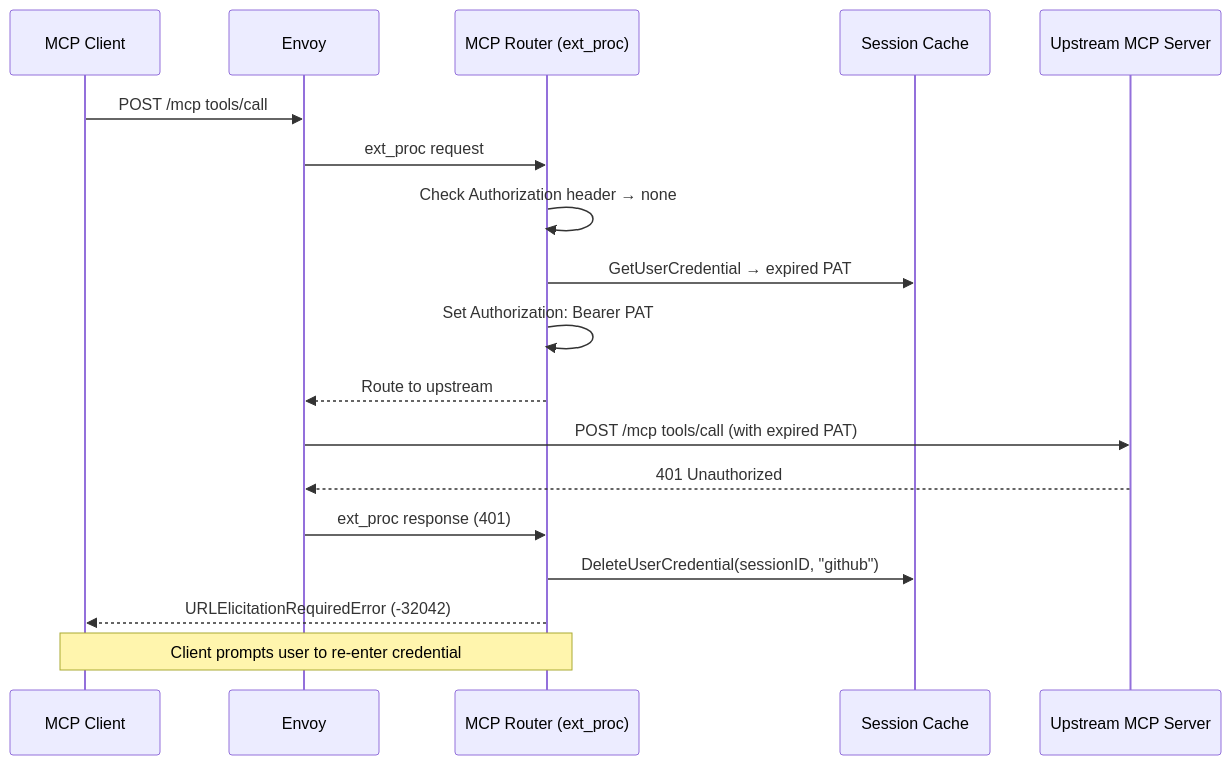
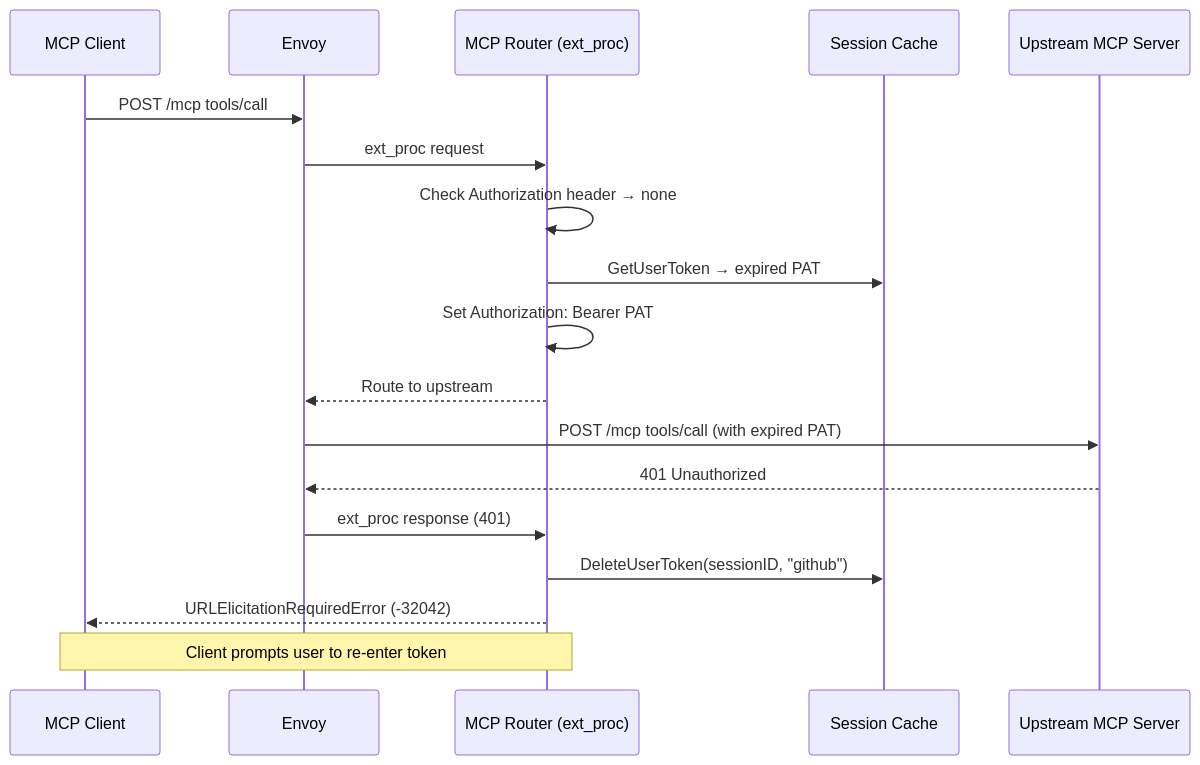
One commit to Kuadrant/mcp-gateway changed the second of 2 diagrams in docs/design/gateway-url-token-elicitation/gateway-url-token-elicitation-design.md. Above: the diagram before and after it, drawn with Mermaid. The commit also changed other lines of this file, not shown here.

Commit message:
replace credential with token

````diff
--- a/docs/design/gateway-url-token-elicitation/gateway-url-token-elicitation-design.md
+++ b/docs/design/gateway-url-token-elicitation/gateway-url-token-elicitation-design.md
@@ -112,21 +112,21 @@
 ```mermaid
 sequenceDiagram
     participant Client as MCP Client
     participant Gateway as Envoy
     participant Router as MCP Router (ext_proc)
     participant Cache as Session Cache
     participant Upstream as Upstream MCP Server
 
     Client->>Gateway: POST /mcp tools/call
     Gateway->>Router: ext_proc request
     Router->>Router: Check Authorization header → none
-    Router->>Cache: GetUserCredential → expired PAT
+    Router->>Cache: GetUserToken → expired PAT
     Router->>Router: Set Authorization: Bearer PAT
     Router-->>Gateway: Route to upstream
     Gateway->>Upstream: POST /mcp tools/call (with expired PAT)
     Upstream-->>Gateway: 401 Unauthorized
     Gateway->>Router: ext_proc response (401)
-    Router->>Cache: DeleteUserCredential(sessionID, "github")
+    Router->>Cache: DeleteUserToken(sessionID, "github")
     Router-->>Client: URLElicitationRequiredError (-32042)
-    Note over Client,Router: Client prompts user to re-enter credential
+    Note over Client,Router: Client prompts user to re-enter token
 ```
````
